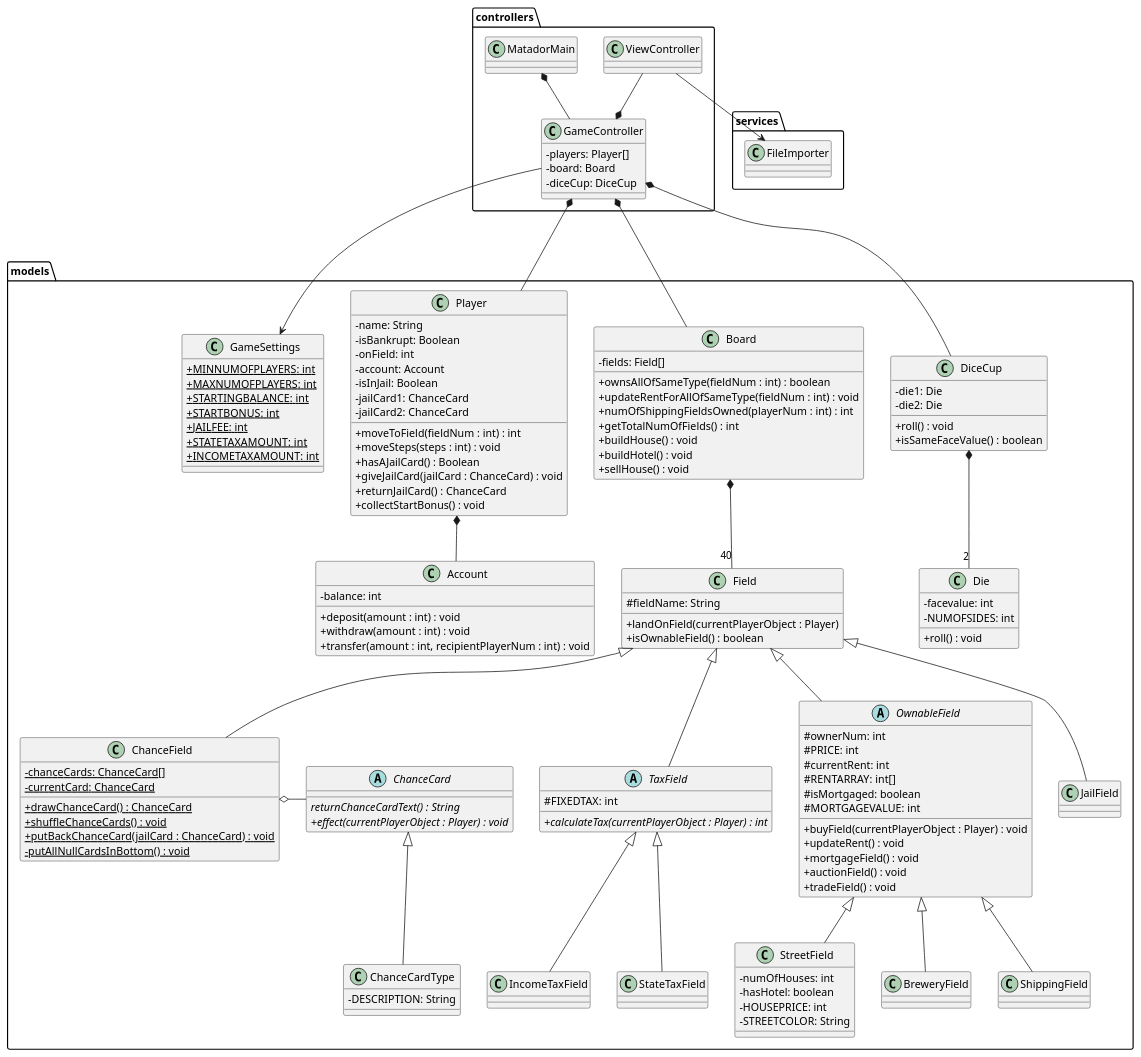
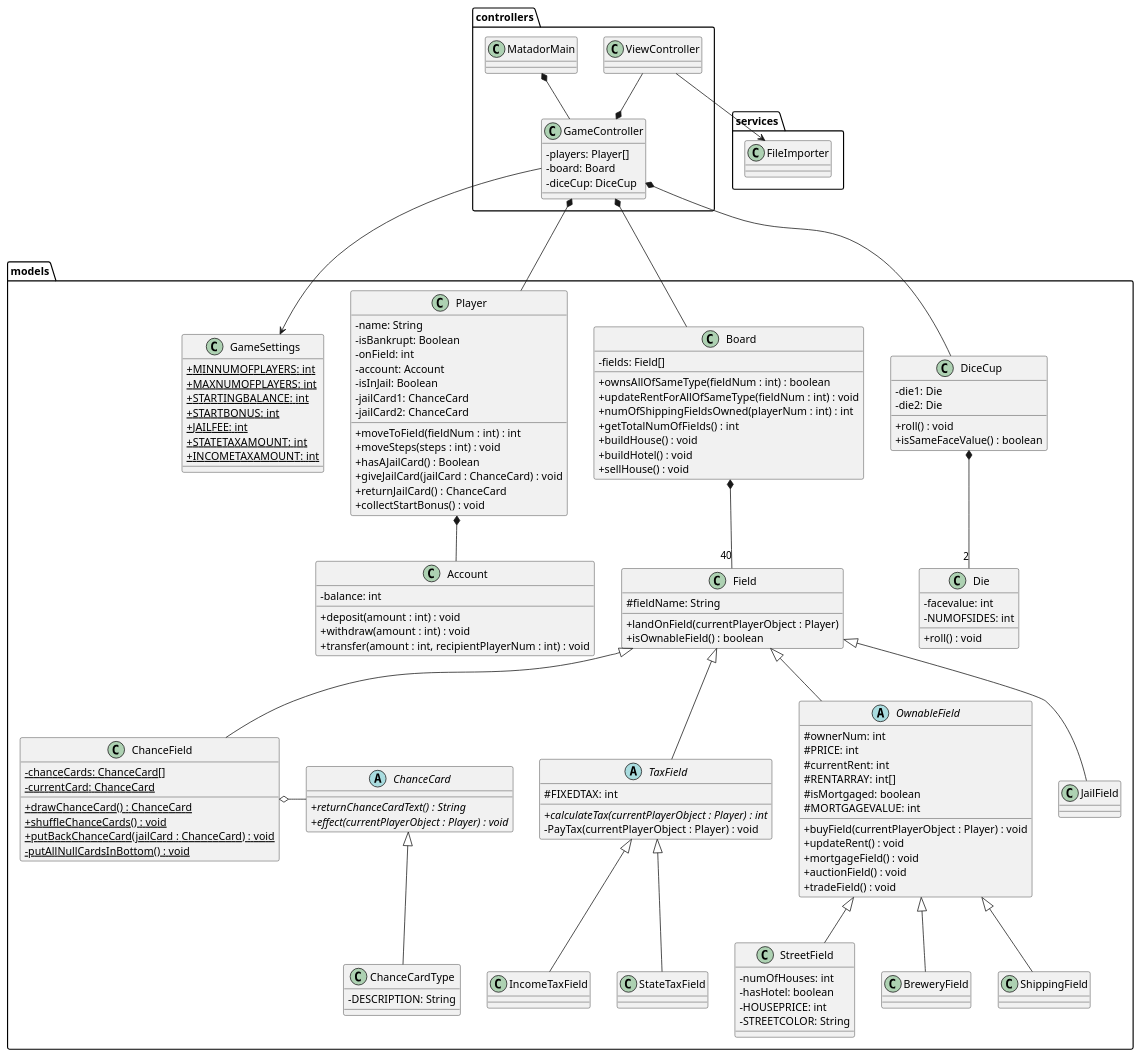
One commit to GabeKierk889/gruppe-18 changed the diagram in 18_final/UML/DesignClassDiagram.puml. Above: the diagram before and after it, drawn with PlantUML. The commit also changed 17 other files, not shown here.

```diff
--- a/18_final/UML/DesignClassDiagram.puml
+++ b/18_final/UML/DesignClassDiagram.puml
@@ -1,199 +1,200 @@
 @startuml
 'https://plantuml.com/class-diagram
 skinparam classAttributeIconSize 0
 
 package services {
 
 class FileImporter {
 
 }
 
 }
 
 package controllers {
 
 class MatadorMain {
 
 }
 
 class GameController {
     -players: Player[]
     -board: Board
     -diceCup: DiceCup
 }
 
 'class GameSetupController {
 '
 '}
 
 class ViewController {
 
 }
 
 }
 
 package models {
 
 class GameSettings {
     {static}+MINNUMOFPLAYERS: int
     {static}+MAXNUMOFPLAYERS: int
     {static}+STARTINGBALANCE: int
     {static}+STARTBONUS: int
     {static}+JAILFEE: int
     {static}+STATETAXAMOUNT: int
     {static}+INCOMETAXAMOUNT: int
 }
 
 class Player {
     -name: String
     -isBankrupt: Boolean
     -onField: int
     -account: Account
     -isInJail: Boolean
     -jailCard1: ChanceCard
     -jailCard2: ChanceCard
 
     +moveToField(fieldNum : int) : int
     +moveSteps(steps : int) : void
     +hasAJailCard() : Boolean
     +giveJailCard(jailCard : ChanceCard) : void
     +returnJailCard() : ChanceCard
     +collectStartBonus() : void
 }
 
 class Board {
     -fields: Field[]
 
     +ownsAllOfSameType(fieldNum : int) : boolean
     +updateRentForAllOfSameType(fieldNum : int) : void
     +numOfShippingFieldsOwned(playerNum : int) : int
     +getTotalNumOfFields() : int
     +buildHouse() : void
     +buildHotel() : void
     +sellHouse() : void
 }
 
 class Field {
     #fieldName: String
 
     +landOnField(currentPlayerObject : Player)
     +isOwnableField() : boolean
 }
 
 class Account {
     -balance: int
 
     +deposit(amount : int) : void
     +withdraw(amount : int) : void
     +transfer(amount : int, recipientPlayerNum : int) : void
 }
 
 class DiceCup {
     -die1: Die
     -die2: Die
 
     +roll() : void
     +isSameFaceValue() : boolean
 }
 
 class Die {
     -facevalue: int
     -NUMOFSIDES: int
 
     +roll() : void
 }
 
 class ChanceCardType {
     -DESCRIPTION: String
 }
 
 abstract class ChanceCard {
-    {abstract}returnChanceCardText() : String
+    {abstract}+returnChanceCardText() : String
     {abstract}+effect(currentPlayerObject : Player) : void
 }
 
 abstract class OwnableField {
         #ownerNum: int
         #PRICE: int
         #currentRent: int
         #RENTARRAY: int[]
         #isMortgaged: boolean
         #MORTGAGEVALUE: int
 
         +buyField(currentPlayerObject : Player) : void
         +updateRent() : void
         +mortgageField() : void
         +auctionField() : void
         +tradeField() : void
 }
 
 class StreetField {
     -numOfHouses: int
     -hasHotel: boolean
     -HOUSEPRICE: int
     -STREETCOLOR: String
 
 }
 
 class BreweryField {
 
 }
 
 class ShippingField {
 
 }
 
 class ChanceField {
     {static}-chanceCards: ChanceCard[]
     {static}-currentCard: ChanceCard
 
     {static}+drawChanceCard() : ChanceCard
     {static}+shuffleChanceCards() : void
     {static}+putBackChanceCard(jailCard : ChanceCard) : void
     {static}-putAllNullCardsInBottom() : void
 }
 
 class JailField {
 
 }
 
 abstract class TaxField {
     #FIXEDTAX: int
 
     {abstract}+calculateTax(currentPlayerObject : Player) : int
+    -PayTax(currentPlayerObject : Player) : void
 }
 
 class StateTaxField {
 
 }
 
 class IncomeTaxField {
 
 }
 
 }
 
 MatadorMain *-- GameController
 ViewController --> FileImporter
 ViewController --* GameController
 GameController --> GameSettings
 GameController *--- Board
 GameController *--- DiceCup
 GameController *--- Player
 Player *-- Account
 Board *-- "40" Field
 OwnableField <|-- StreetField
 Field <|-- ChanceField
 Field <|-- JailField
 ChanceField o- ChanceCard
 ChanceCard <|-- ChanceCardType
 DiceCup *-- "2" Die
 Field <|-- OwnableField
 OwnableField <|-- BreweryField
 OwnableField <|-- ShippingField
 Field <|-- TaxField
 TaxField <|-- StateTaxField
 TaxField <|-- IncomeTaxField
 
 
 @enduml
```
